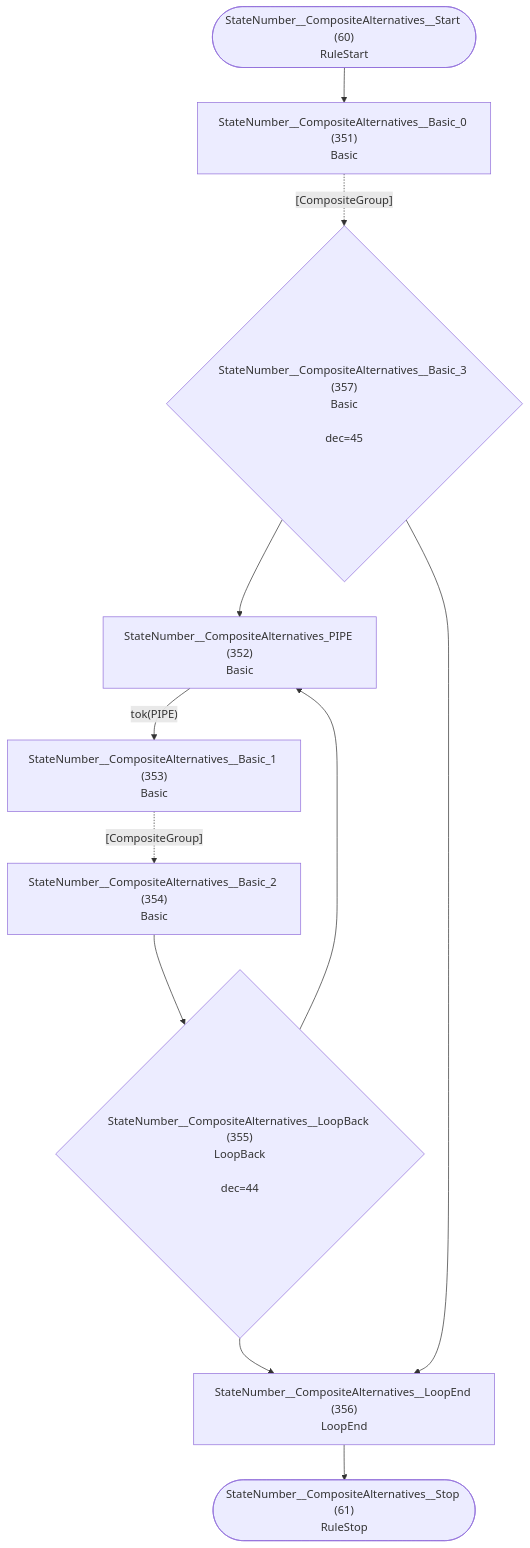
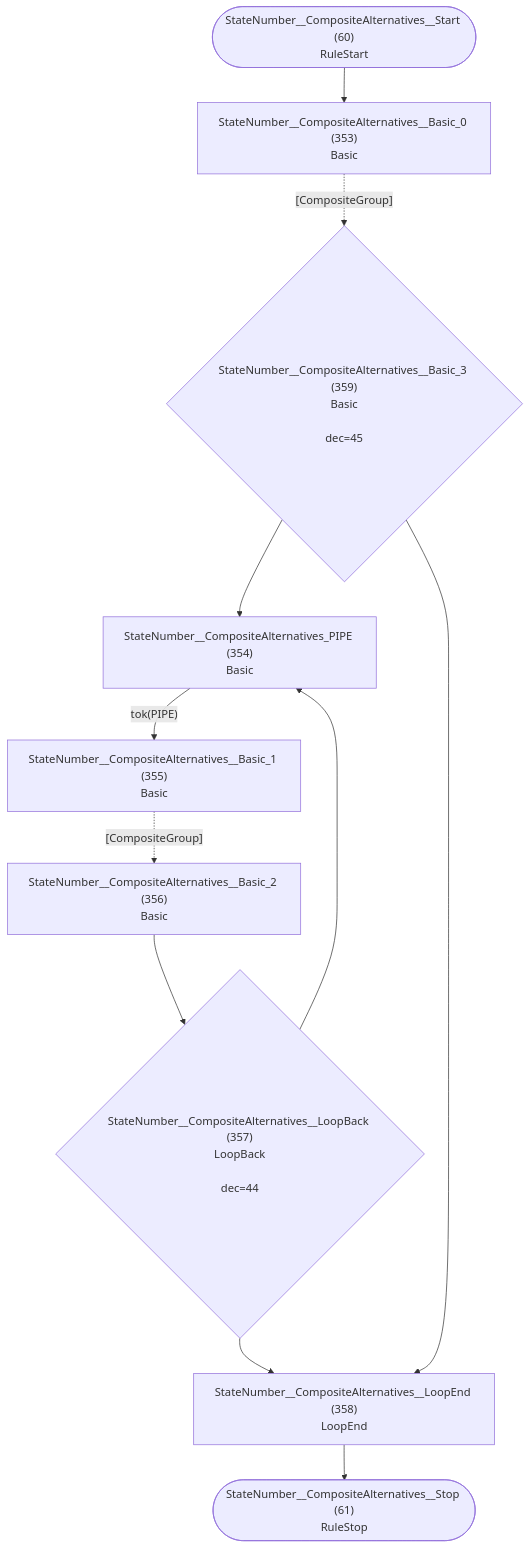
One commit to TypeFox/fastbelt changed diagram 31 of 33 in internal/grammar/atn.md. Above: the diagram before and after it, drawn with Mermaid. The commit also changed other lines of this file and 18 other files, not shown here.

````diff
--- a/internal/grammar/atn.md
+++ b/internal/grammar/atn.md
@@ -934,23 +939,23 @@
 ```mermaid
 flowchart TD
     q60(["StateNumber__CompositeAlternatives__Start (60)<br/>RuleStart"])
     q61(["StateNumber__CompositeAlternatives__Stop (61)<br/>RuleStop"])
-    q351["StateNumber__CompositeAlternatives__Basic_0 (351)<br/>Basic<br/>"]
-    q352["StateNumber__CompositeAlternatives_PIPE (352)<br/>Basic<br/>"]
-    q353["StateNumber__CompositeAlternatives__Basic_1 (353)<br/>Basic<br/>"]
-    q354["StateNumber__CompositeAlternatives__Basic_2 (354)<br/>Basic<br/>"]
-    q355{"StateNumber__CompositeAlternatives__LoopBack (355)<br/>LoopBack<br/><br/>dec=44"}
-    q356["StateNumber__CompositeAlternatives__LoopEnd (356)<br/>LoopEnd<br/>"]
-    q357{"StateNumber__CompositeAlternatives__Basic_3 (357)<br/>Basic<br/><br/>dec=45"}
+    q353["StateNumber__CompositeAlternatives__Basic_0 (353)<br/>Basic<br/>"]
+    q354["StateNumber__CompositeAlternatives_PIPE (354)<br/>Basic<br/>"]
+    q355["StateNumber__CompositeAlternatives__Basic_1 (355)<br/>Basic<br/>"]
+    q356["StateNumber__CompositeAlternatives__Basic_2 (356)<br/>Basic<br/>"]
+    q357{"StateNumber__CompositeAlternatives__LoopBack (357)<br/>LoopBack<br/><br/>dec=44"}
+    q358["StateNumber__CompositeAlternatives__LoopEnd (358)<br/>LoopEnd<br/>"]
+    q359{"StateNumber__CompositeAlternatives__Basic_3 (359)<br/>Basic<br/><br/>dec=45"}
 
-    q60 --> q351
-    q351 -.->|"[CompositeGroup]"| q357
-    q352 -->|"tok(PIPE)"| q353
-    q353 -.->|"[CompositeGroup]"| q354
-    q354 --> q355
-    q355 --> q352
-    q355 --> q356
-    q356 --> q61
-    q357 --> q352
-    q357 --> q356
+    q60 --> q353
+    q353 -.->|"[CompositeGroup]"| q359
+    q354 -->|"tok(PIPE)"| q355
+    q355 -.->|"[CompositeGroup]"| q356
+    q356 --> q357
+    q357 --> q354
+    q357 --> q358
+    q358 --> q61
+    q359 --> q354
+    q359 --> q358
 ```
````
